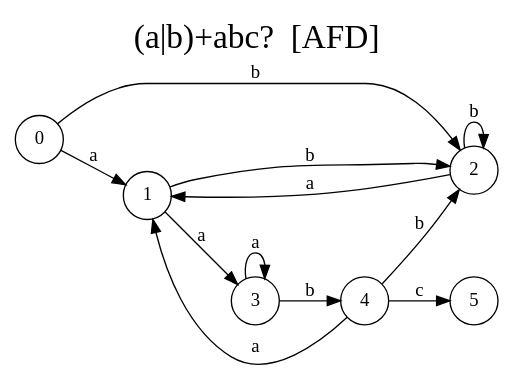
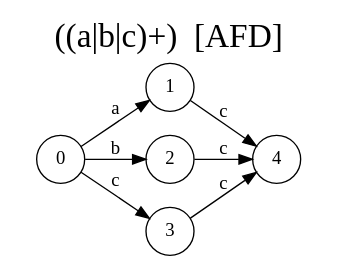
The diagram in docs/automataAFD.dot (CrisLayB/ProgrammingLanguageDesign), drawn with Graphviz before and after one commit. The commit also changed 13 other files, not shown here.

```diff
--- a/docs/automataAFD.dot
+++ b/docs/automataAFD.dot
@@ -1,22 +1,17 @@
 digraph "Resultado Automata AFD" {
-	label = "(a|b)+abc?  [AFD]"
+	label = "((a|b|c)+)  [AFD]"
 	labelloc  =  t
 	fontsize  = 25
 	rankdir=LR size="8,5"
 	node [shape=doublecircle]
 	node [shape=circle]
 	0
 	node [shape=none]
 	node [shape=circle]
 	0 -> 1[label="a"]
 	0 -> 2[label="b"]
-	2 -> 1[label="a"]
-	2 -> 2[label="b"]
-	1 -> 3[label="a"]
-	1 -> 2[label="b"]
-	3 -> 3[label="a"]
-	3 -> 4[label="b"]
-	4 -> 1[label="a"]
-	4 -> 2[label="b"]
-	4 -> 5[label="c"]
+	0 -> 3[label="c"]
+	3 -> 4[label="c"]
+	2 -> 4[label="c"]
+	1 -> 4[label="c"]
 }
```
